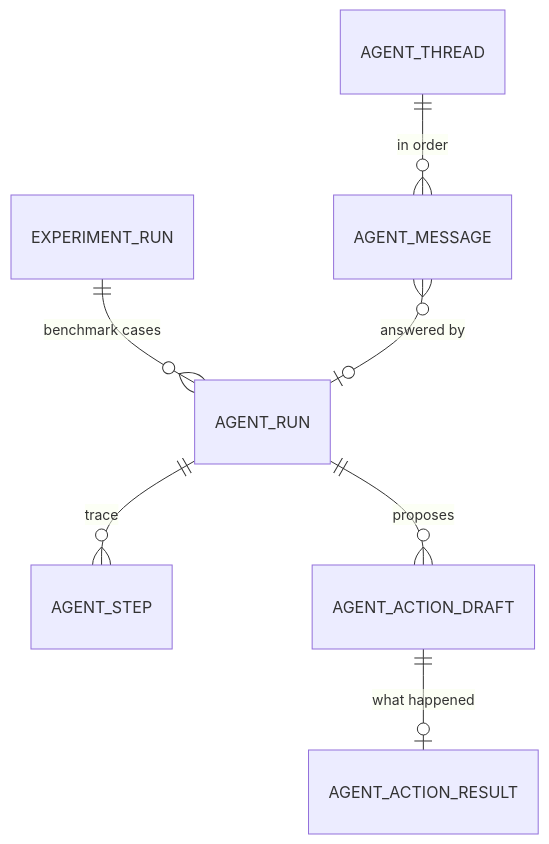
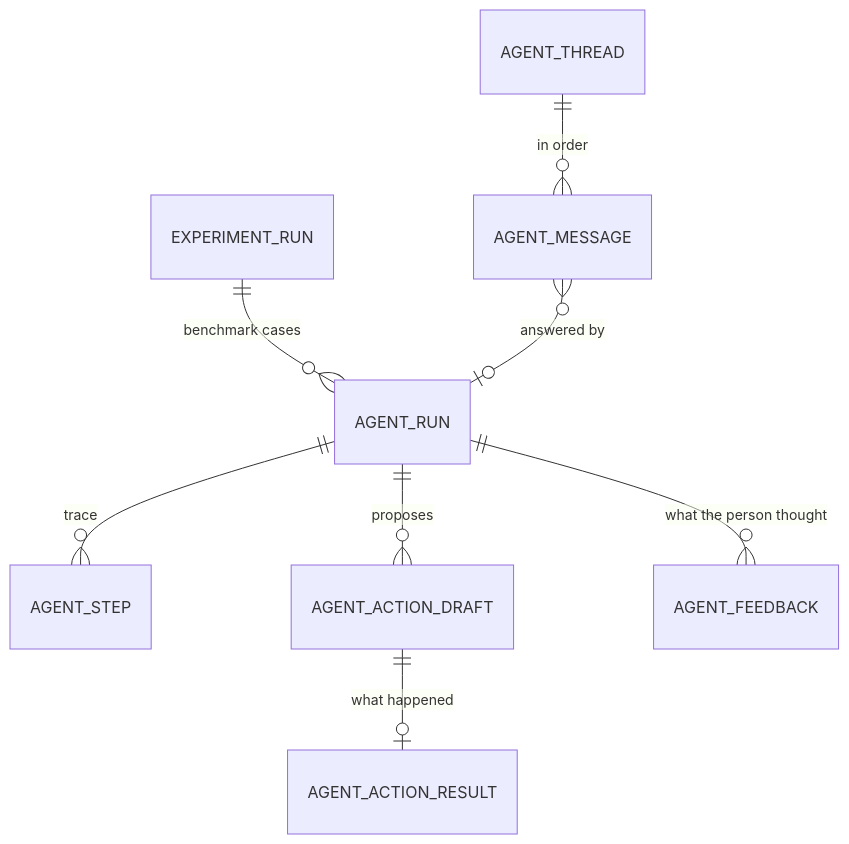
The second of 2 diagrams in docs/data-model.md (Von-Van/DelvePlanner), drawn with Mermaid before and after one commit. The commit also changed other lines of this file and 27 other files, not shown here.

````diff
--- a/docs/data-model.md
+++ b/docs/data-model.md
@@ -249,9 +249,10 @@
 ```mermaid
 erDiagram
   EXPERIMENT_RUN ||--o{ AGENT_RUN : "benchmark cases"
   AGENT_RUN ||--o{ AGENT_STEP : "trace"
   AGENT_RUN ||--o{ AGENT_ACTION_DRAFT : "proposes"
   AGENT_ACTION_DRAFT ||--o| AGENT_ACTION_RESULT : "what happened"
   AGENT_THREAD ||--o{ AGENT_MESSAGE : "in order"
   AGENT_MESSAGE }o--o| AGENT_RUN : "answered by"
+  AGENT_RUN ||--o{ AGENT_FEEDBACK : "what the person thought"
 ```
````
